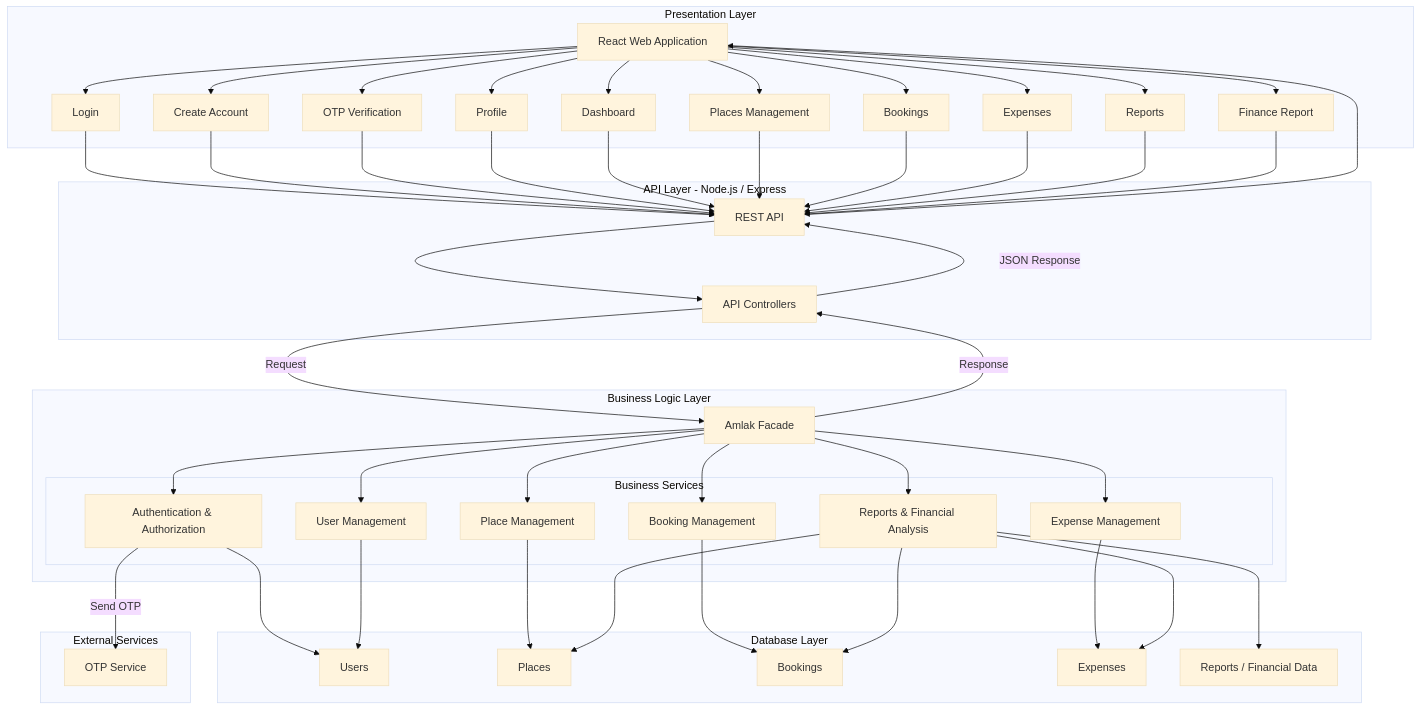
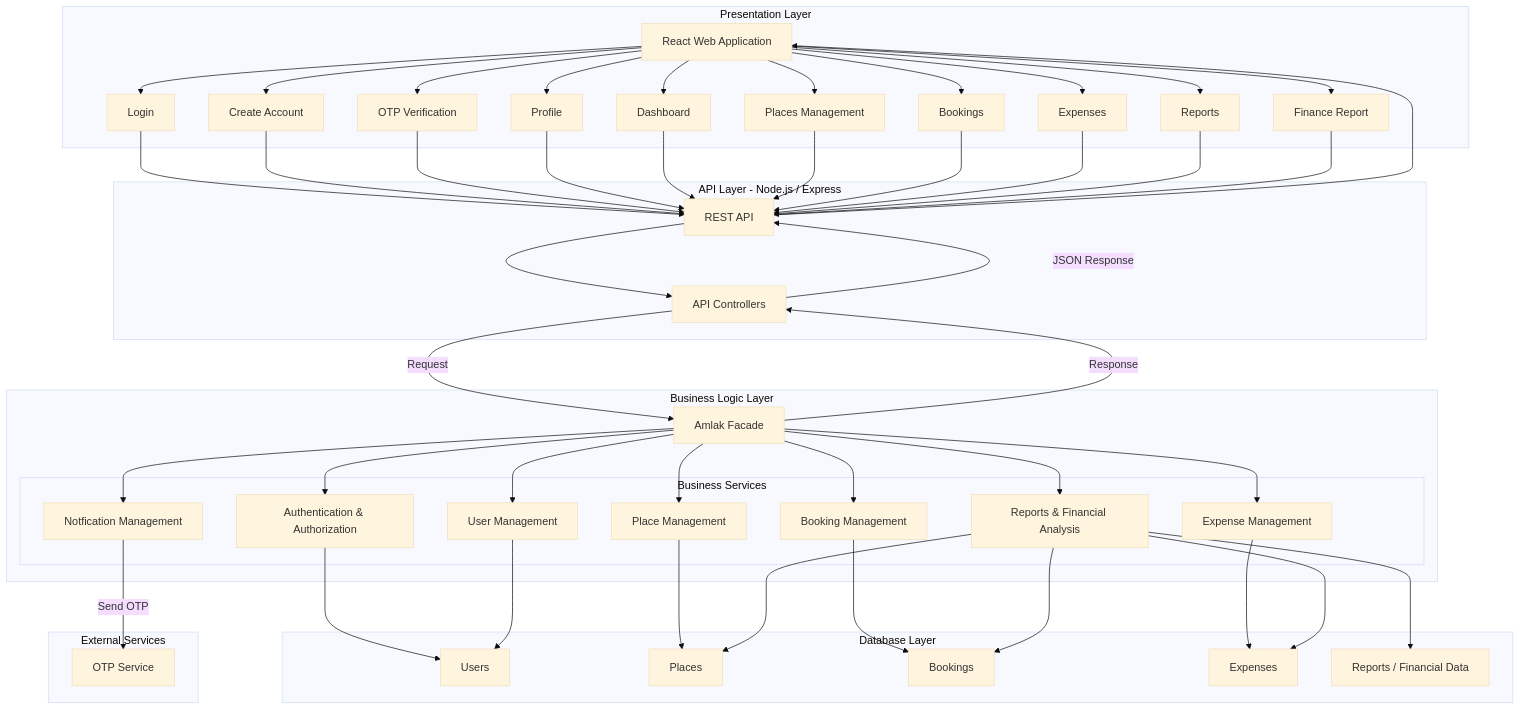
The diagram in Stage-3/High-Level-diagram.md (Abdulrahman-Wadani/Amlak), drawn with Mermaid (base theme) before and after one commit.

Commit message:
last update

```diff
--- a/Stage-3/High-Level-diagram.md
+++ b/Stage-3/High-Level-diagram.md
@@ -57,13 +57,13 @@
         Facade["Amlak Facade"]
 
         subgraph Services["Business Services"]
-
             Auth["Authentication & Authorization"]
             UserManagement["User Management"]
             PlaceManagement["Place Management"]
             BookingManagement["Booking Management"]
             ExpenseManagement["Expense Management"]
             ReportService["Reports & Financial Analysis"]
+            Notfication["Notfication Management"]
 
         end
 
@@ -73,7 +73,7 @@
         Facade --> BookingManagement
         Facade --> ExpenseManagement
         Facade --> ReportService
-
+        Facade --> Notfication
     end
 
 
@@ -151,7 +151,7 @@
     %% OTP EXTERNAL SERVICE
     %% ========================================
 
-    Auth -->|"Send OTP"| OTPService
+    Notfication -->|"Send OTP"| OTPService
 
 
 
```
